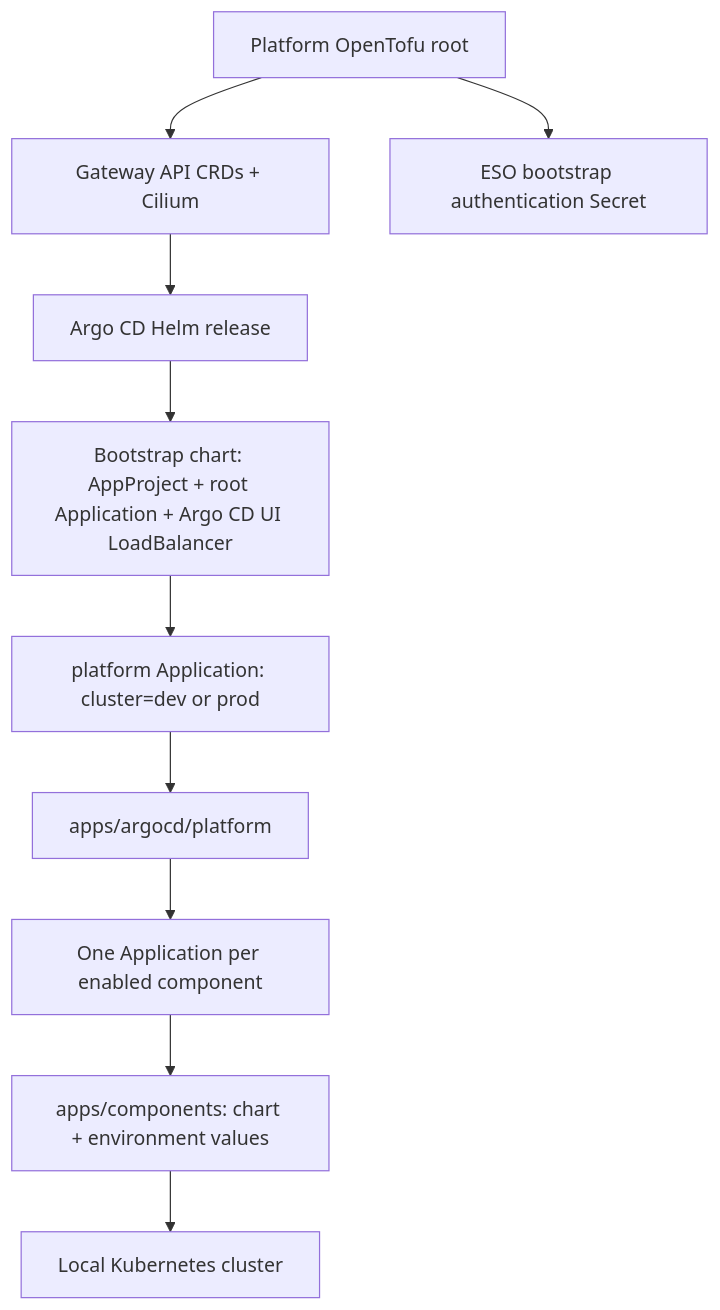
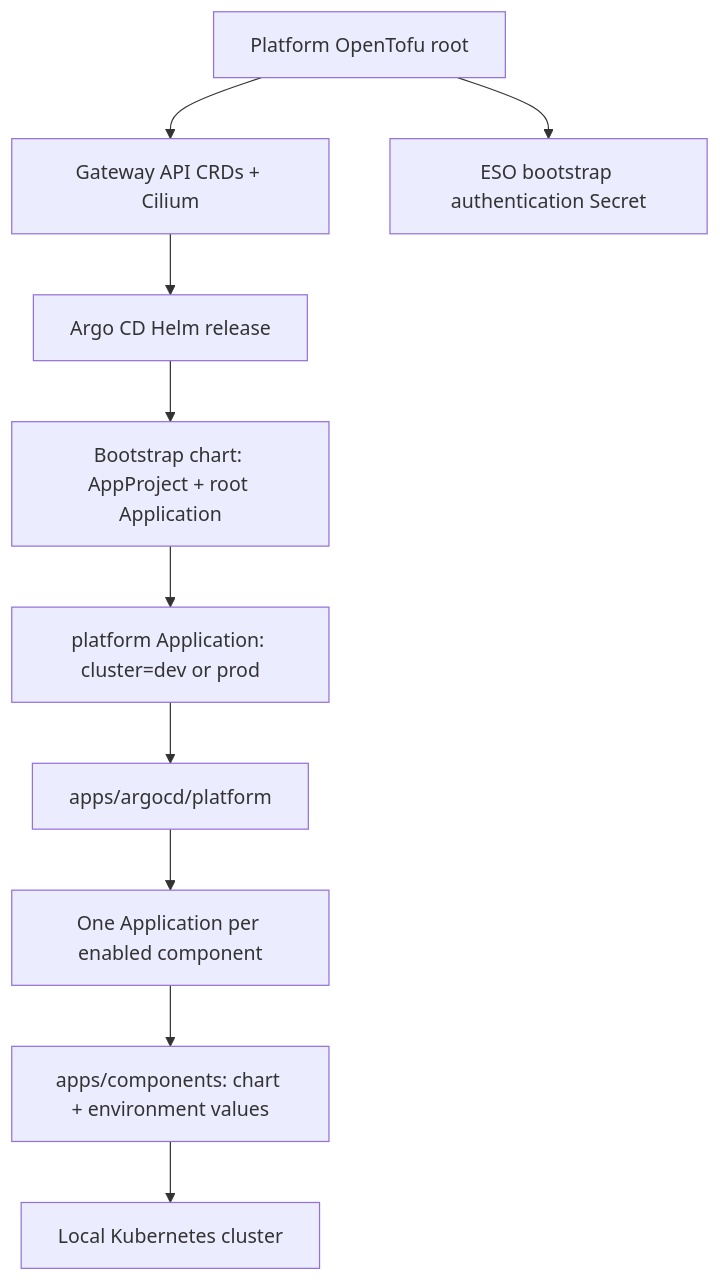
One commit to phuchoang2603/talos-proxmox changed the first of 2 diagrams in docs/architecture/gitops.md. Above: the diagram before and after it, drawn with Mermaid. The commit also changed other lines of this file and 219 other files, not shown here.

````diff
--- a/docs/architecture/gitops.md
+++ b/docs/architecture/gitops.md
@@ -9,12 +9,12 @@
 ```mermaid
 flowchart TD
     TF["Platform OpenTofu root"] --> CNI["Gateway API CRDs + Cilium"]
     CNI --> Argo["Argo CD Helm release"]
     TF --> Auth["ESO bootstrap authentication Secret"]
-    Argo --> Bootstrap["Bootstrap chart: AppProject + root Application + Argo CD UI LoadBalancer"]
+    Argo --> Bootstrap["Bootstrap chart: AppProject + root Application"]
     Bootstrap --> Root["platform Application: cluster=dev or prod"]
     Root --> Shared["apps/argocd/platform"]
     Shared --> Apps["One Application per enabled component"]
     Apps --> Components["apps/components: chart + environment values"]
     Components --> Local["Local Kubernetes cluster"]
 ```
````
